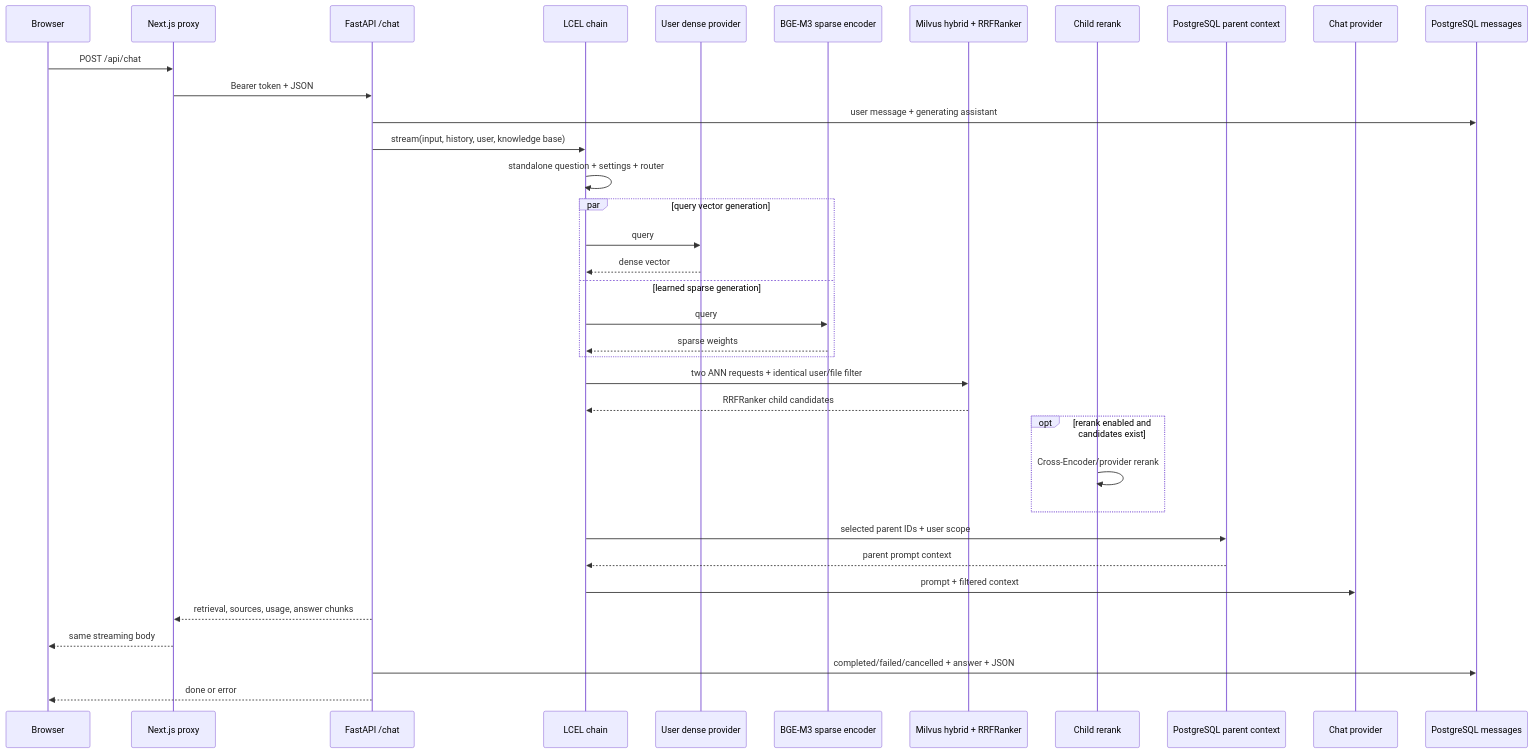
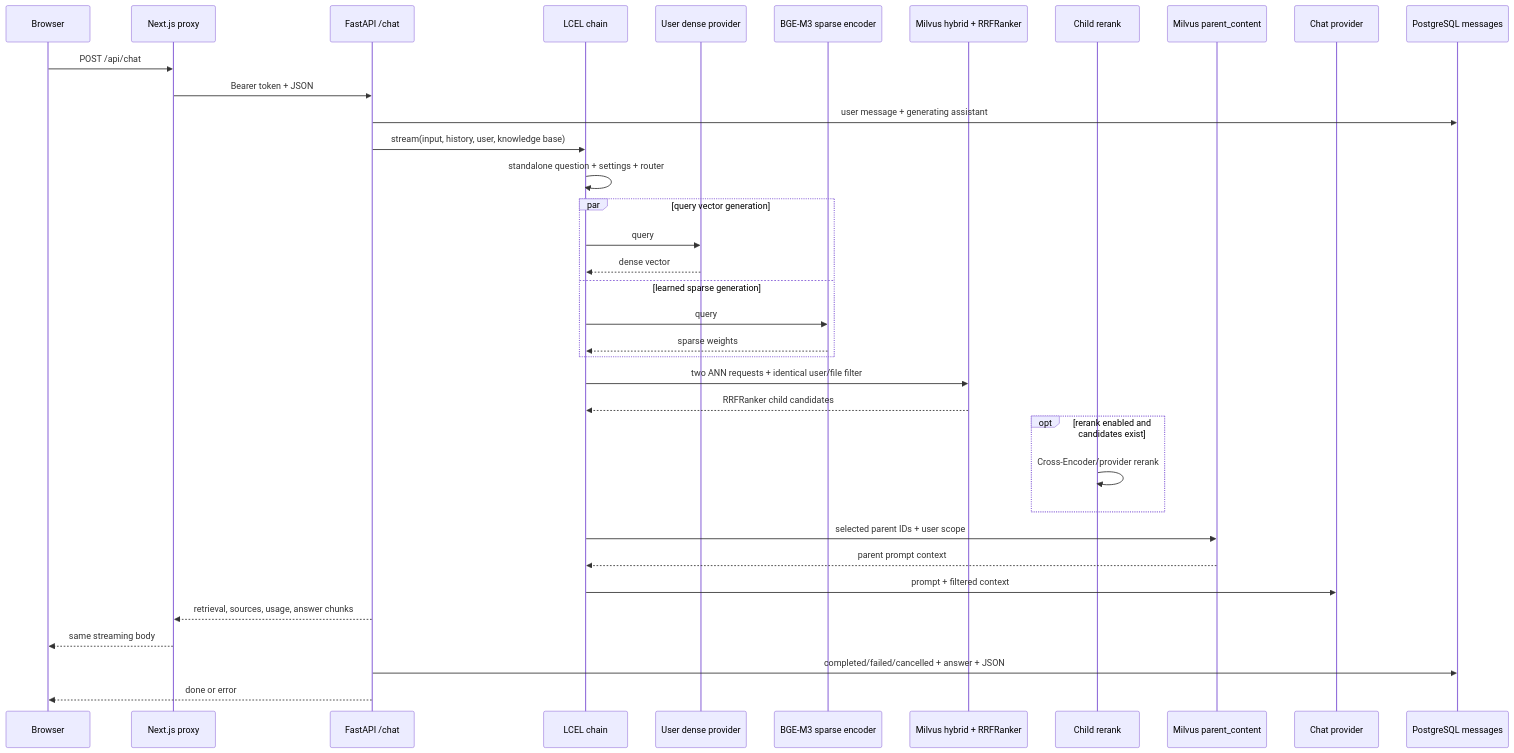
Before and after one commit to Looball/firstRag: the diagram in docs/tutorials/HYBRID_RETRIEVAL_AND_STREAMING.md, drawn with Mermaid. The commit also changed other lines of this file and 85 other files, not shown here.

````diff
--- a/docs/tutorials/HYBRID_RETRIEVAL_AND_STREAMING.md
+++ b/docs/tutorials/HYBRID_RETRIEVAL_AND_STREAMING.md
@@ -19,39 +19,39 @@
 ```mermaid
 sequenceDiagram
     participant Browser as Browser
     participant Proxy as Next.js proxy
     participant API as FastAPI /chat
     participant LCEL as LCEL chain
     participant Dense as User dense provider
     participant Sparse as BGE-M3 sparse encoder
     participant Milvus as Milvus hybrid + RRFRanker
     participant Rank as Child rerank
-    participant Parent as PostgreSQL parent context
+    participant Parent as Milvus parent_content
     participant LLM as Chat provider
     participant PG as PostgreSQL messages
 
     Browser->>Proxy: POST /api/chat
     Proxy->>API: Bearer token + JSON
     API->>PG: user message + generating assistant
     API->>LCEL: stream(input, history, user, knowledge base)
     LCEL->>LCEL: standalone question + settings + router
     par query vector generation
         LCEL->>Dense: query
         Dense-->>LCEL: dense vector
     and learned sparse generation
         LCEL->>Sparse: query
         Sparse-->>LCEL: sparse weights
     end
     LCEL->>Milvus: two ANN requests + identical user/file filter
     Milvus-->>LCEL: RRFRanker child candidates
     opt rerank enabled and candidates exist
         Rank->>Rank: Cross-Encoder/provider rerank
     end
     LCEL->>Parent: selected parent IDs + user scope
     Parent-->>LCEL: parent prompt context
     LCEL->>LLM: prompt + filtered context
     API-->>Proxy: retrieval, sources, usage, answer chunks
     Proxy-->>Browser: same streaming body
     API->>PG: completed/failed/cancelled + answer + JSON
     API-->>Browser: done or error
 ```
````
